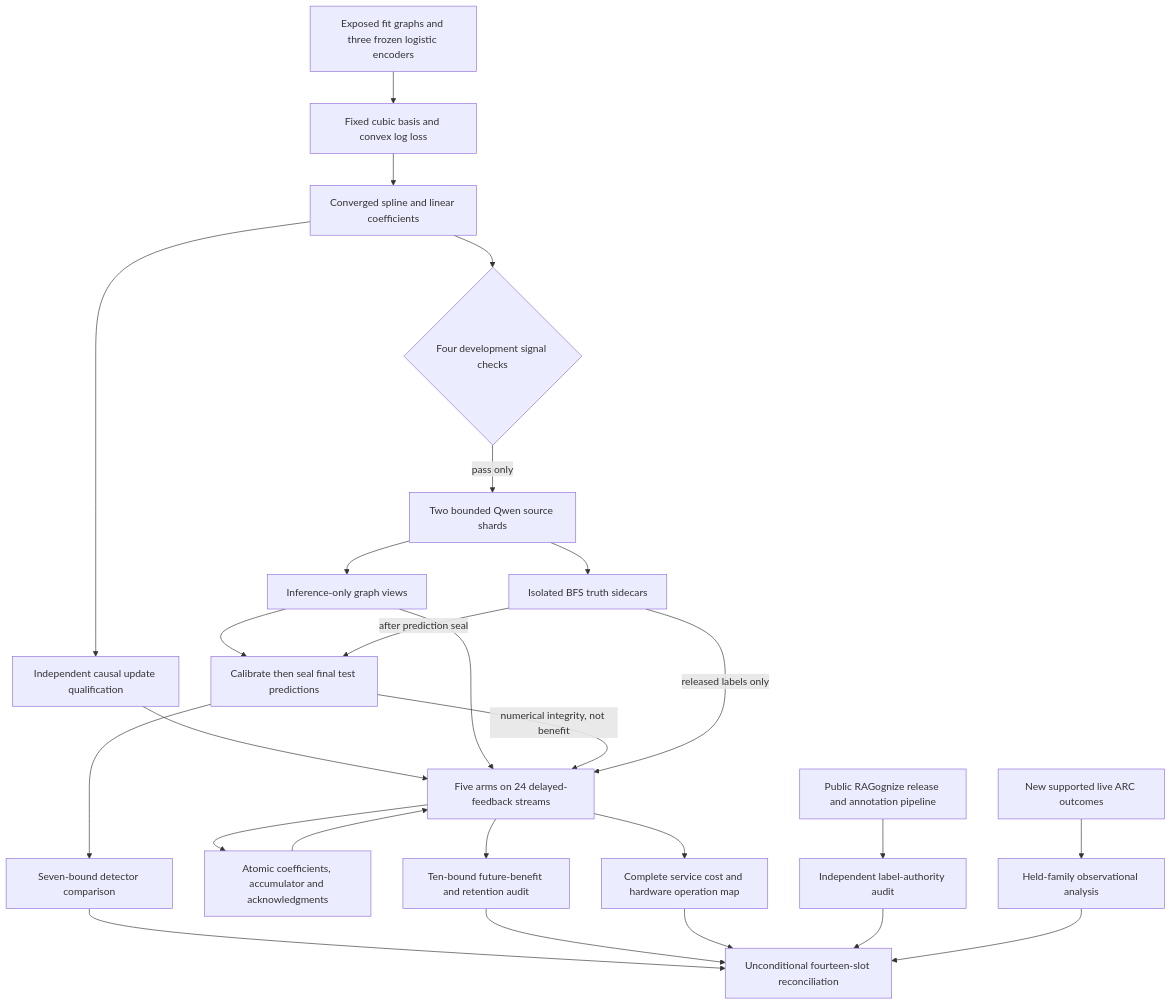
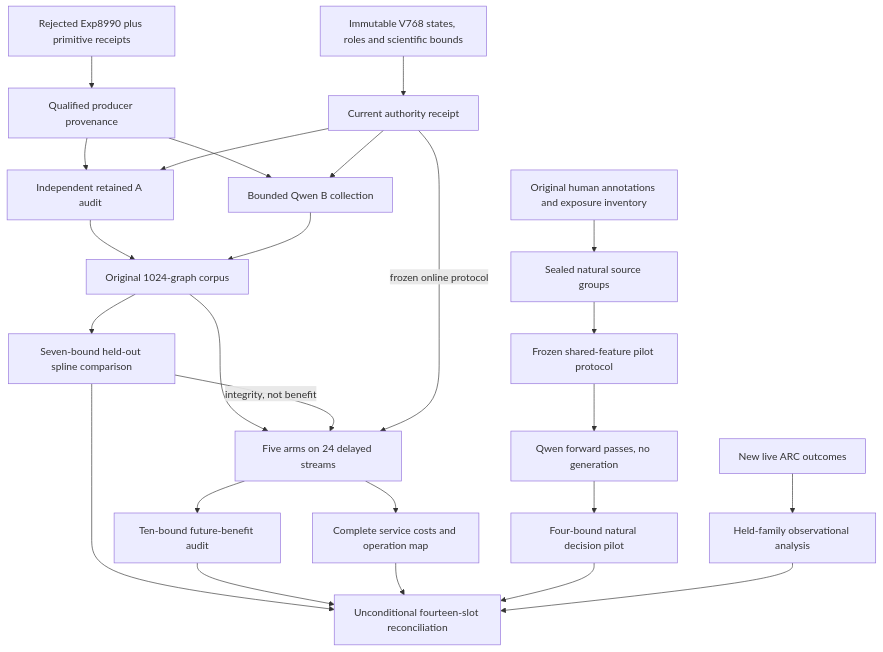
Before and after one commit to Carnot-EBM/carnot-ebm: the first of 2 diagrams in openspec/change-proposals/research-roadmap-vNEXT.md, drawn with Mermaid. The commit also changed other lines of this file and 19 other files, not shown here.

````diff
--- a/openspec/change-proposals/research-roadmap-vNEXT.md
+++ b/openspec/change-proposals/research-roadmap-vNEXT.md
@@ -81,28 +85,27 @@
 ```mermaid
 flowchart TD
-    H[Exposed fit graphs and three frozen logistic encoders] --> B[Fixed cubic basis and convex log loss]
-    B --> F[Converged spline and linear coefficients]
-    F --> G{Four development signal checks}
-    F --> M[Independent causal update qualification]
-    G -->|pass only| Q[Two bounded Qwen source shards]
-    Q --> V[Inference-only graph views]
-    Q --> T[Isolated BFS truth sidecars]
-    V --> D[Calibrate then seal final test predictions]
-    T -->|after prediction seal| D
-    D --> K[Seven-bound detector comparison]
-    M --> O[Five arms on 24 delayed-feedback streams]
-    V --> O
-    D -->|numerical integrity, not benefit| O
-    T -->|released labels only| O
-    O --> P[Atomic coefficients, accumulator and acknowledgments]
-    P --> O
-    O --> R[Ten-bound future-benefit and retention audit]
-    O --> C[Complete service cost and hardware operation map]
-    N[Public RAGognize release and annotation pipeline] --> A[Independent label-authority audit]
-    X[New supported live ARC outcomes] --> Y[Held-family observational analysis]
-    K --> Z[Unconditional fourteen-slot reconciliation]
-    R --> Z
-    C --> Z
-    A --> Z
+    V[Immutable V768 states, roles and scientific bounds] --> A[Current authority receipt]
+    R[Rejected Exp8990 plus primitive receipts] --> P[Qualified producer provenance]
+    P --> C[Independent retained A audit]
+    P --> B[Bounded Qwen B collection]
+    A --> C
+    A --> B
+    C --> J[Original 1024-graph corpus]
+    B --> J
+    J --> D[Seven-bound held-out spline comparison]
+    J --> O[Five arms on 24 delayed streams]
+    D -->|integrity, not benefit| O
+    A -->|frozen online protocol| O
+    O --> L[Ten-bound future-benefit audit]
+    O --> K[Complete service costs and operation map]
+    H[Original human annotations and exposure inventory] --> N[Sealed natural source groups]
+    N --> M[Frozen shared-feature pilot protocol]
+    M --> Q[Qwen forward passes, no generation]
+    Q --> T[Four-bound natural decision pilot]
+    X[New live ARC outcomes] --> Y[Held-family observational analysis]
+    D --> Z[Unconditional fourteen-slot reconciliation]
+    L --> Z
+    K --> Z
+    T --> Z
     Y --> Z
 ```
````
